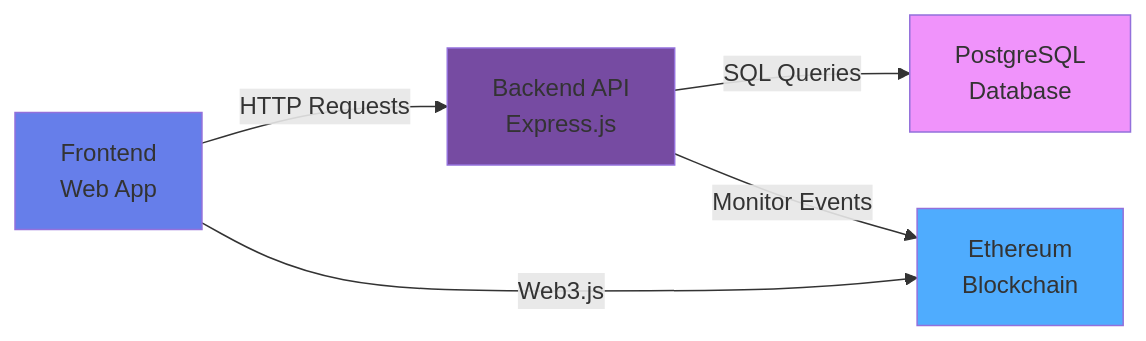
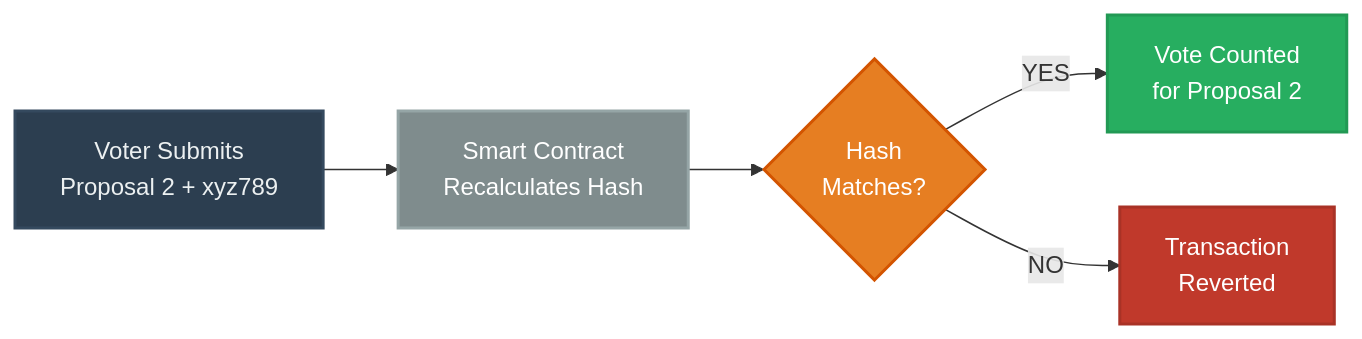
Before and after one commit to SiddharthKumar268/SatyaMath: the fourth of 24 diagrams in README.md, drawn with Mermaid. The commit also changed other lines of this file, not shown here.

````diff
--- a/README.md
+++ b/README.md
@@ -458,11 +92,13 @@
 ```mermaid
-graph LR
-    A[Frontend<br/>Web App] -->|HTTP Requests| B[Backend API<br/>Express.js]
-    B -->|SQL Queries| C[PostgreSQL<br/>Database]
-    A -->|Web3.js| D[Ethereum<br/>Blockchain]
-    B -->|Monitor Events| D
-    style A fill:#667eea
-    style B fill:#764ba2
-    style C fill:#f093fb
-    style D fill:#4facfe
+flowchart LR
+    A[Voter Submits<br/>Proposal 2 + xyz789] --> B[Smart Contract<br/>Recalculates Hash]
+    B --> C{Hash<br/>Matches?}
+    C -->|YES| D[Vote Counted<br/>for Proposal 2]
+    C -->|NO| E[Transaction<br/>Reverted]
+    
+    style A fill:#2c3e50,stroke:#34495e,stroke-width:2px,color:#ecf0f1
+    style B fill:#7f8c8d,stroke:#95a5a6,stroke-width:2px,color:#fff
+    style C fill:#e67e22,stroke:#d35400,stroke-width:2px,color:#fff
+    style D fill:#27ae60,stroke:#229954,stroke-width:2px,color:#fff
+    style E fill:#c0392b,stroke:#a93226,stroke-width:2px,color:#fff
 ```
````
